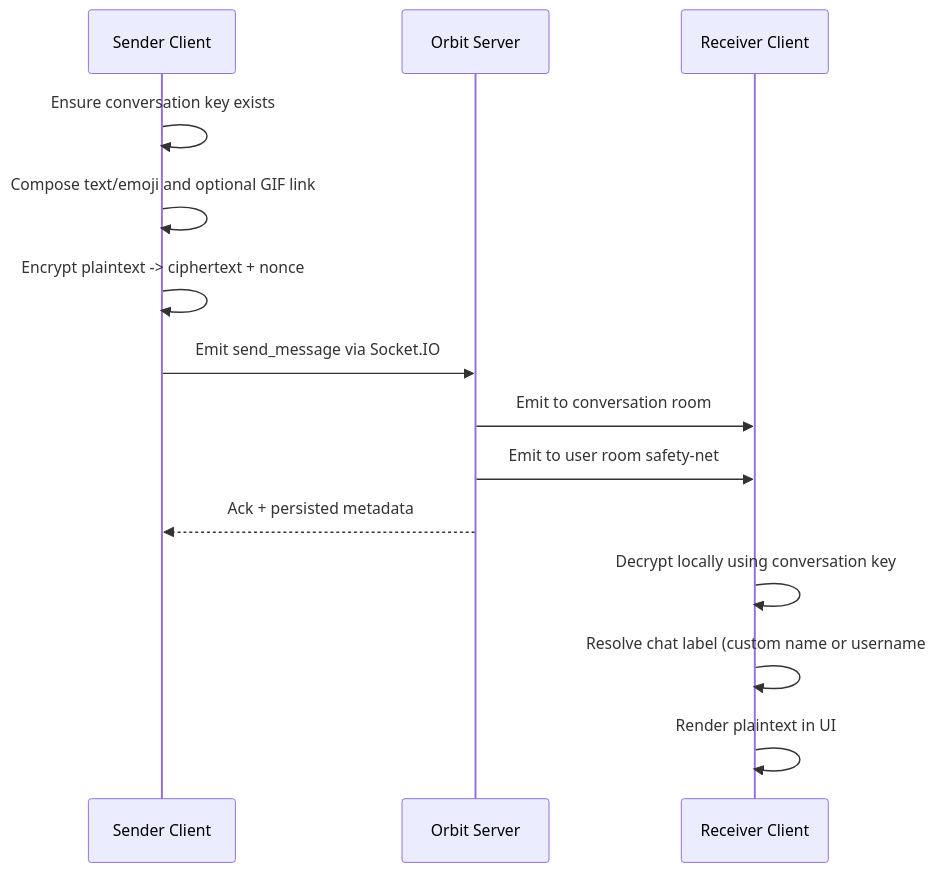
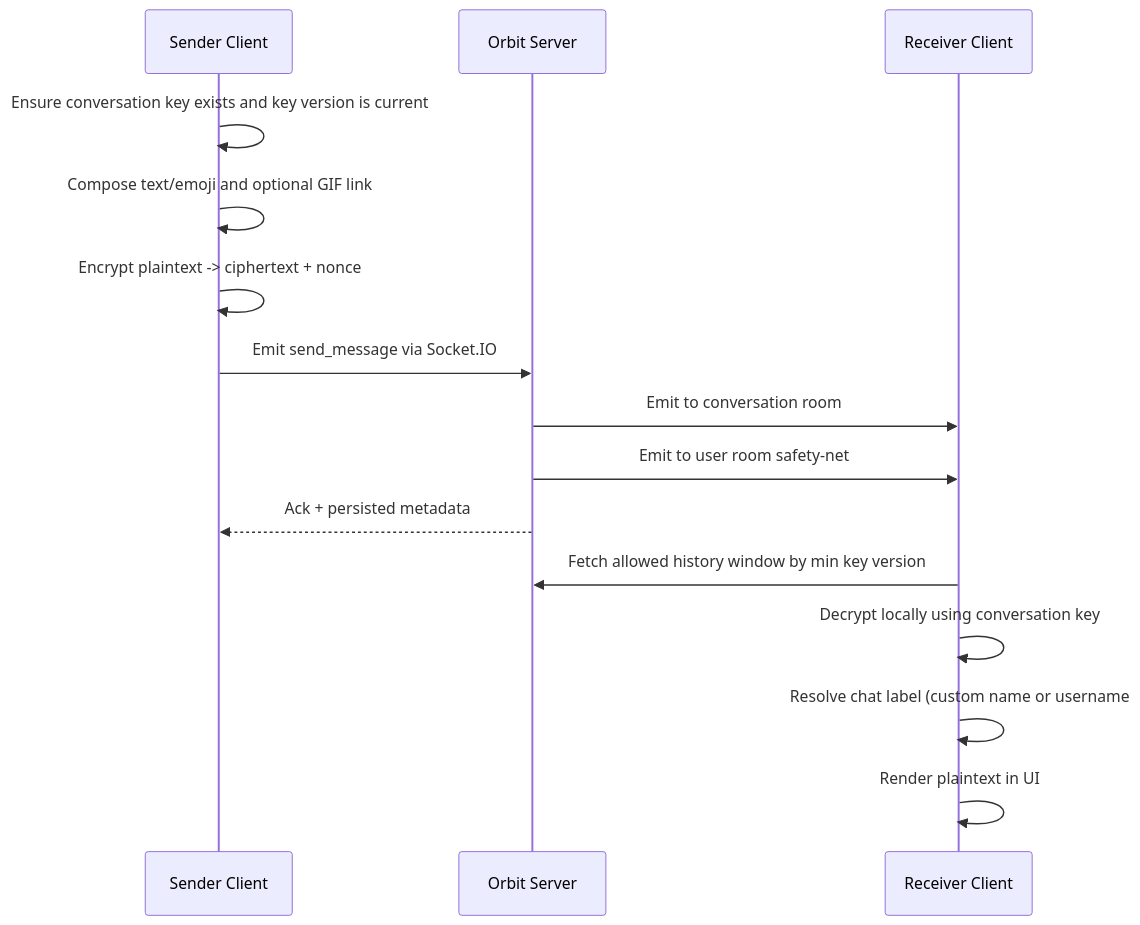
One commit to orbit-chat/orbit-chat changed the second of 5 diagrams in README.md. Above: the diagram before and after it, drawn with Mermaid. The commit also changed other lines of this file, not shown here.

Commit message:
refactor: Update README to reflect version change and enhance chat description for direct and group messaging

````diff
--- a/README.md
+++ b/README.md
@@ -184,17 +205,18 @@
 ```mermaid
 sequenceDiagram
 	participant S as Sender Client
 	participant API as Orbit Server
 	participant R as Receiver Client
 
-	S->>S: Ensure conversation key exists
+	S->>S: Ensure conversation key exists and key version is current
 	S->>S: Compose text/emoji and optional GIF link
 	S->>S: Encrypt plaintext -> ciphertext + nonce
 	S->>API: Emit send_message via Socket.IO
 	API->>R: Emit to conversation room
 	API->>R: Emit to user room safety-net
 	API-->>S: Ack + persisted metadata
+	R->>API: Fetch allowed history window by min key version
 	R->>R: Decrypt locally using conversation key
 	R->>R: Resolve chat label (custom name or username#chatId)
 	R->>R: Render plaintext in UI
 ```
````
